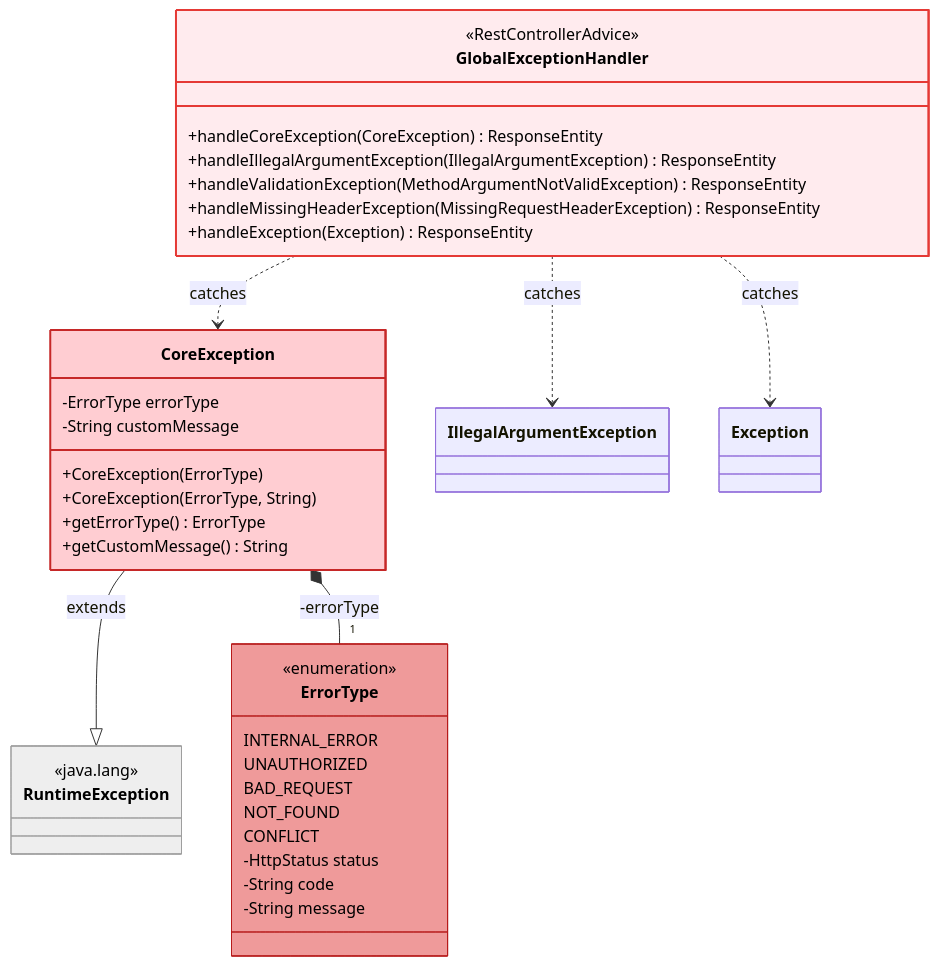
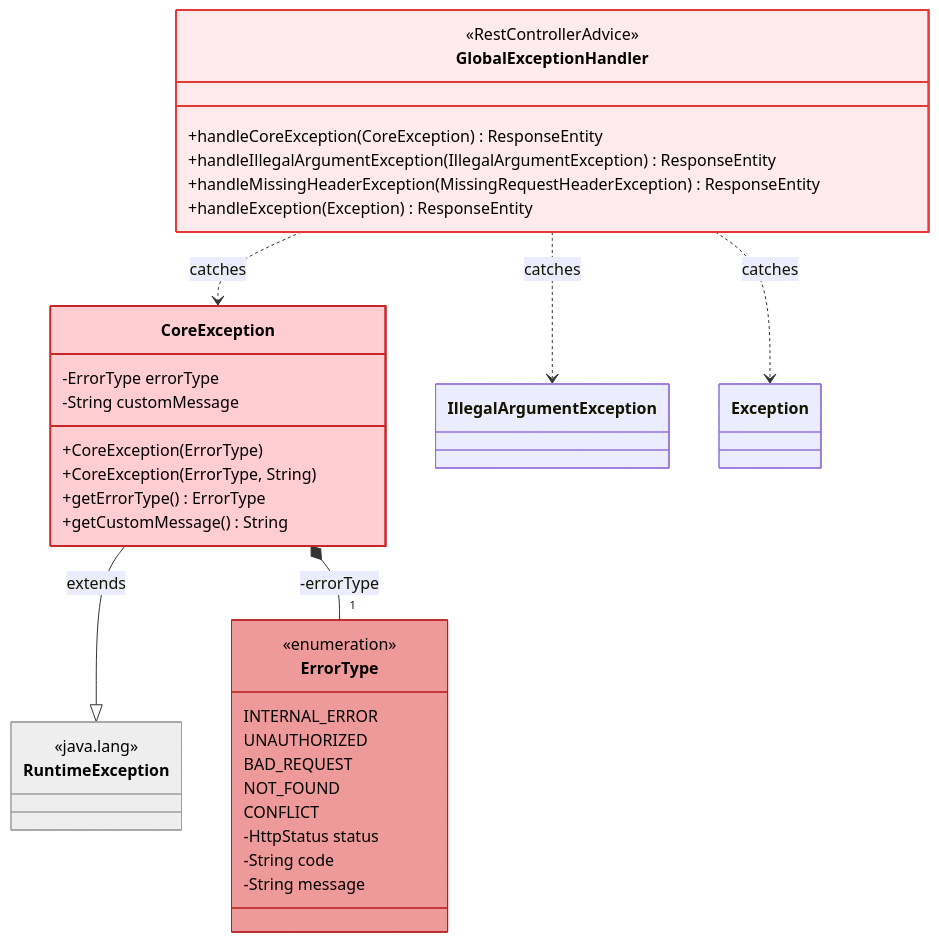
Before and after one commit to ukukdin/loop-pack-be-l2-vol3-java: the sixth of 15 diagrams in .docs/design/03-class-diagram.md, drawn with Mermaid. The commit also changed other lines of this file and 2 other files, not shown here.

````diff
--- a/.docs/design/03-class-diagram.md
+++ b/.docs/design/03-class-diagram.md
@@ -620,52 +619,51 @@
 ```mermaid
 classDiagram
     direction TB
 
     class GlobalExceptionHandler {
         <<RestControllerAdvice>>
         +handleCoreException(CoreException) ResponseEntity
         +handleIllegalArgumentException(IllegalArgumentException) ResponseEntity
-        +handleValidationException(MethodArgumentNotValidException) ResponseEntity
         +handleMissingHeaderException(MissingRequestHeaderException) ResponseEntity
         +handleException(Exception) ResponseEntity
     }
     class CoreException {
         -ErrorType errorType
         -String customMessage
         +CoreException(ErrorType)
         +CoreException(ErrorType, String)
         +getErrorType() ErrorType
         +getCustomMessage() String
     }
     class ErrorType {
         <<enumeration>>
         INTERNAL_ERROR
         UNAUTHORIZED
         BAD_REQUEST
         NOT_FOUND
         CONFLICT
         -HttpStatus status
         -String code
         -String message
     }
     class RuntimeException {
         <<java.lang>>
     }
 
     %% 일반화 (Generalization)
     CoreException --|> RuntimeException : extends
 
     %% 합성 (Composition)
     CoreException *-- "1" ErrorType : -errorType
 
     %% 의존 (Dependency) - 예외 핸들링
     GlobalExceptionHandler ..> CoreException : catches
     GlobalExceptionHandler ..> IllegalArgumentException : catches
     GlobalExceptionHandler ..> Exception : catches
 
     %% Styling
     style GlobalExceptionHandler fill:#ffebee,stroke:#e53935,stroke-width:2px,color:#000
     style CoreException fill:#ffcdd2,stroke:#c62828,stroke-width:2px,color:#000
     style ErrorType fill:#ef9a9a,stroke:#b71c1c,stroke-width:1px,color:#000
     style RuntimeException fill:#eeeeee,stroke:#9e9e9e,stroke-width:1px,color:#000
 ```
````
